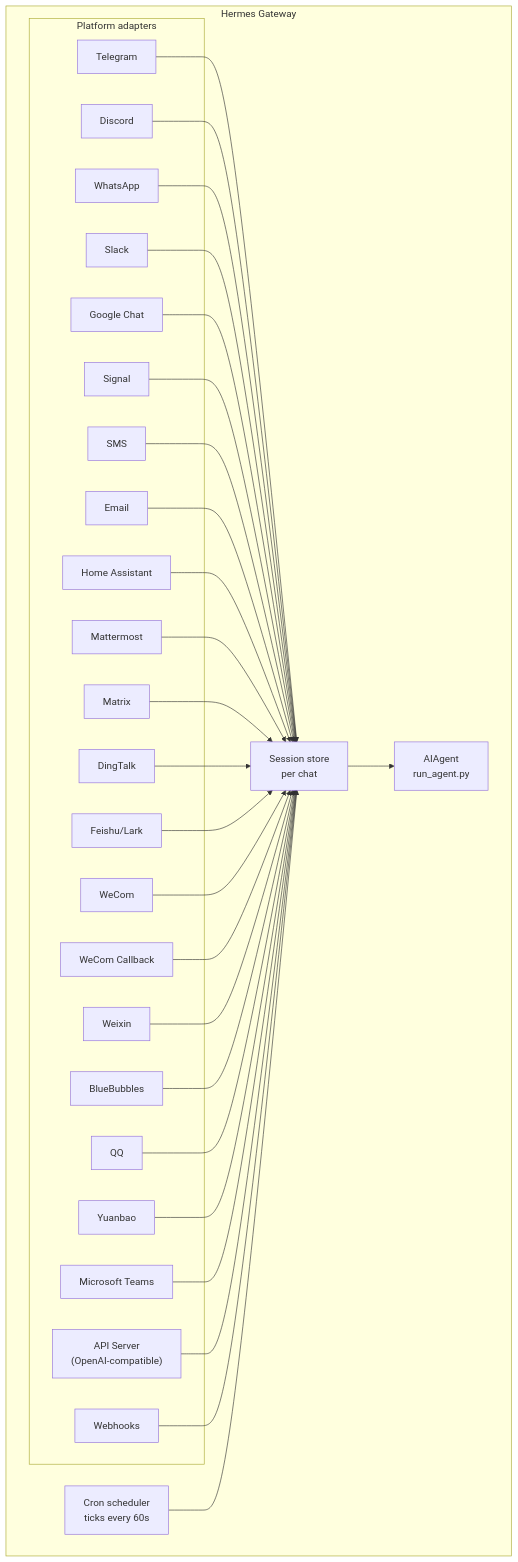
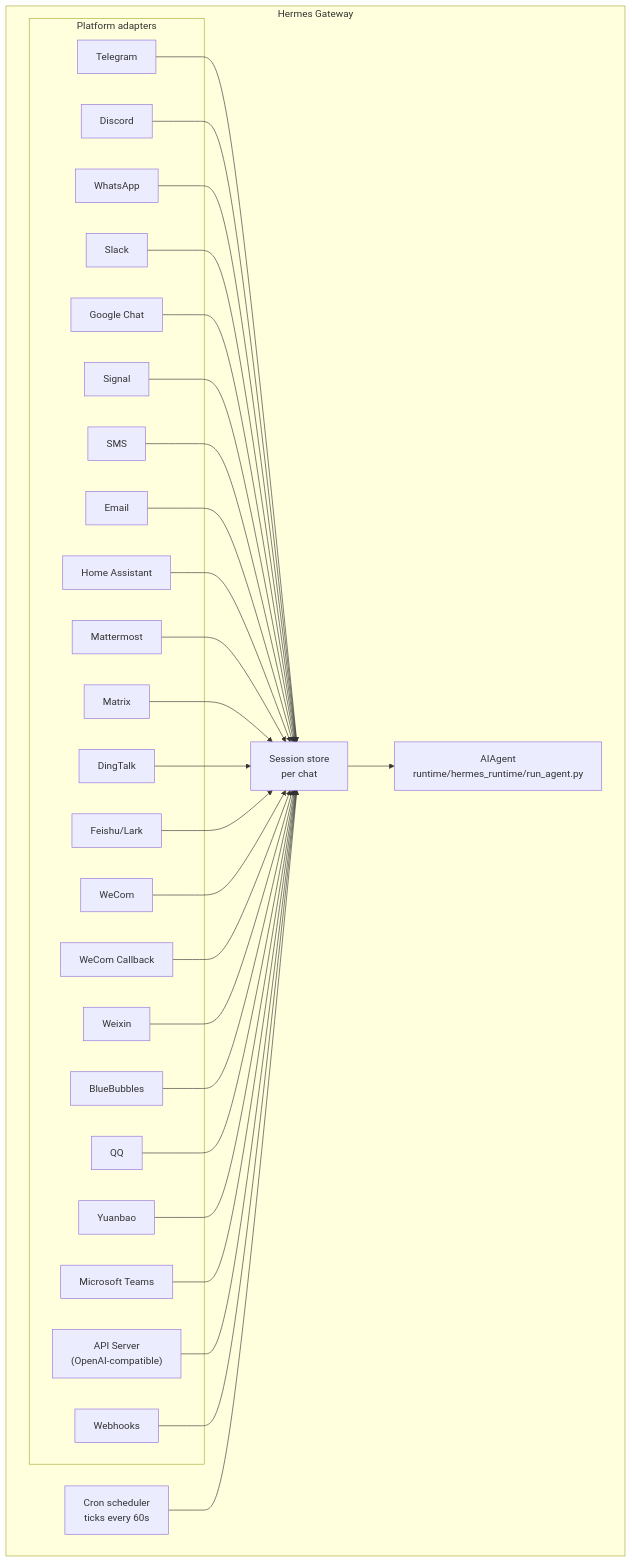
One commit to quarker1337/nanoHermes changed the diagram in docs/site/docs/user-guide/messaging/index.md. Above: the diagram before and after it, drawn with Mermaid. The commit also changed 695 other files, not shown here.

Commit message:
refactor: move root runtime modules under hermes_runtime

````diff
--- a/docs/site/docs/user-guide/messaging/index.md
+++ b/docs/site/docs/user-guide/messaging/index.md
@@ -48,58 +48,58 @@
 ```mermaid
 flowchart TB
     subgraph Gateway["Hermes Gateway"]
         subgraph Adapters["Platform adapters"]
             tg[Telegram]
             dc[Discord]
             wa[WhatsApp]
             sl[Slack]
             gc[Google Chat]
             sig[Signal]
             sms[SMS]
             em[Email]
             ha[Home Assistant]
             mm[Mattermost]
             mx[Matrix]
             dt[DingTalk]
     fs[Feishu/Lark]
     wc[WeCom]
     wcb[WeCom Callback]
     wx[Weixin]
     bb[BlueBubbles]
     qq[QQ]
     yb[Yuanbao]
     ms[Microsoft Teams]
     api["API Server<br/>(OpenAI-compatible)"]
     wh[Webhooks]
         end
 
         store["Session store<br/>per chat"]
-        agent["AIAgent<br/>run_agent.py"]
+        agent["AIAgent<br/>runtime/hermes_runtime/run_agent.py"]
         cron["Cron scheduler<br/>ticks every 60s"]
     end
 
     tg --> store
     dc --> store
     wa --> store
     sl --> store
     gc --> store
     sig --> store
     sms --> store
     em --> store
     ha --> store
     mm --> store
     mx --> store
     dt --> store
     fs --> store
     wc --> store
     wcb --> store
     wx --> store
     bb --> store
     qq --> store
     yb --> store
     ms --> store
     api --> store
     wh --> store
     store --> agent
     cron --> store
 ```
````
